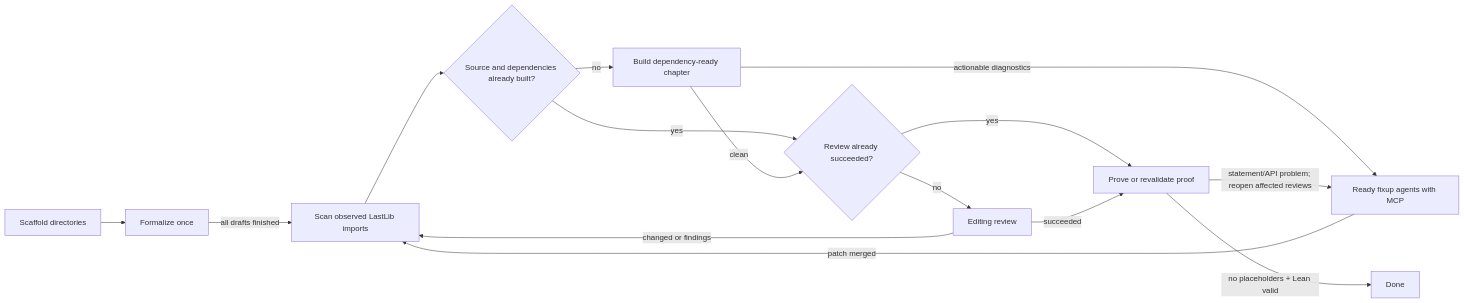
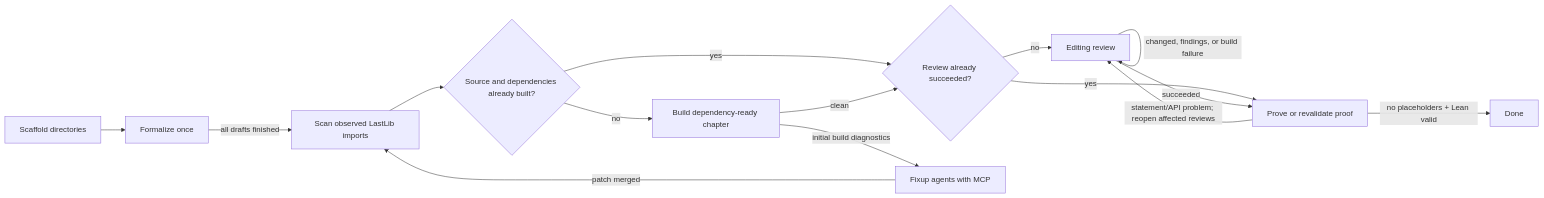
Before and after one commit to phulin/LastLib: the diagram in SWARM.md, drawn with Mermaid. The commit also changed other lines of this file and 5 other files, not shown here.

````diff
--- a/SWARM.md
+++ b/SWARM.md
@@ -13,17 +13,17 @@
 ```mermaid
 flowchart LR
     S[Scaffold directories] --> F[Formalize once]
     F -->|all drafts finished| I[Scan observed LastLib imports]
     I --> C{Source and dependencies already built?}
     C -->|no| B[Build dependency-ready chapter]
     C -->|yes| G{Review already succeeded?}
-    B -->|actionable diagnostics| X[Ready fixup agents with MCP]
+    B -->|initial build diagnostics| X[Fixup agents with MCP]
     X -->|patch merged| I
     B -->|clean| G
     G -->|no| R[Editing review]
     G -->|yes| P[Prove or revalidate proof]
-    R -->|changed or findings| I
+    R -->|changed, findings, or build failure| R
     R -->|succeeded| P
-    P -->|statement/API problem; reopen affected reviews| X
+    P -->|statement/API problem; reopen affected reviews| R
     P -->|no placeholders + Lean valid| D[Done]
 ```
````
